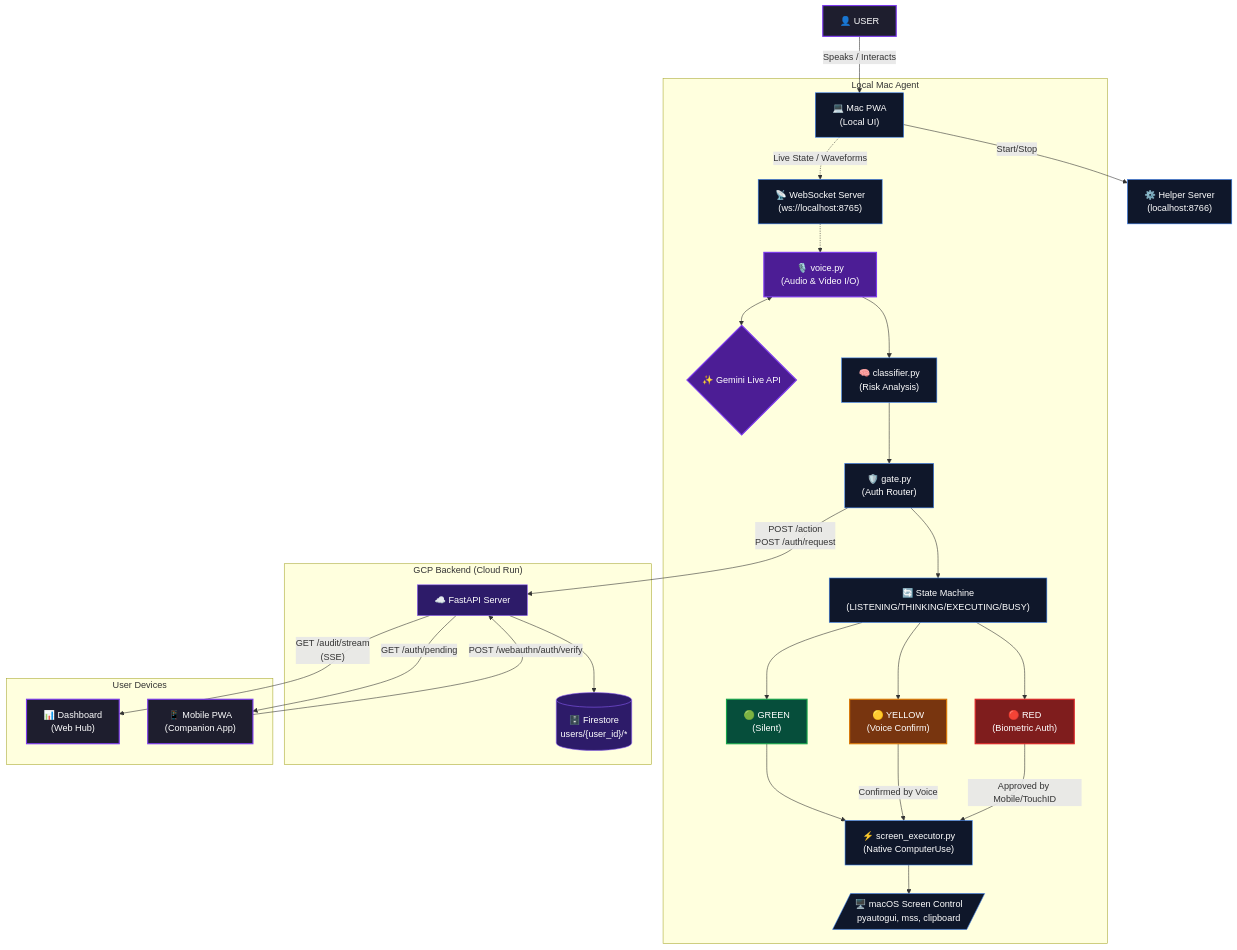
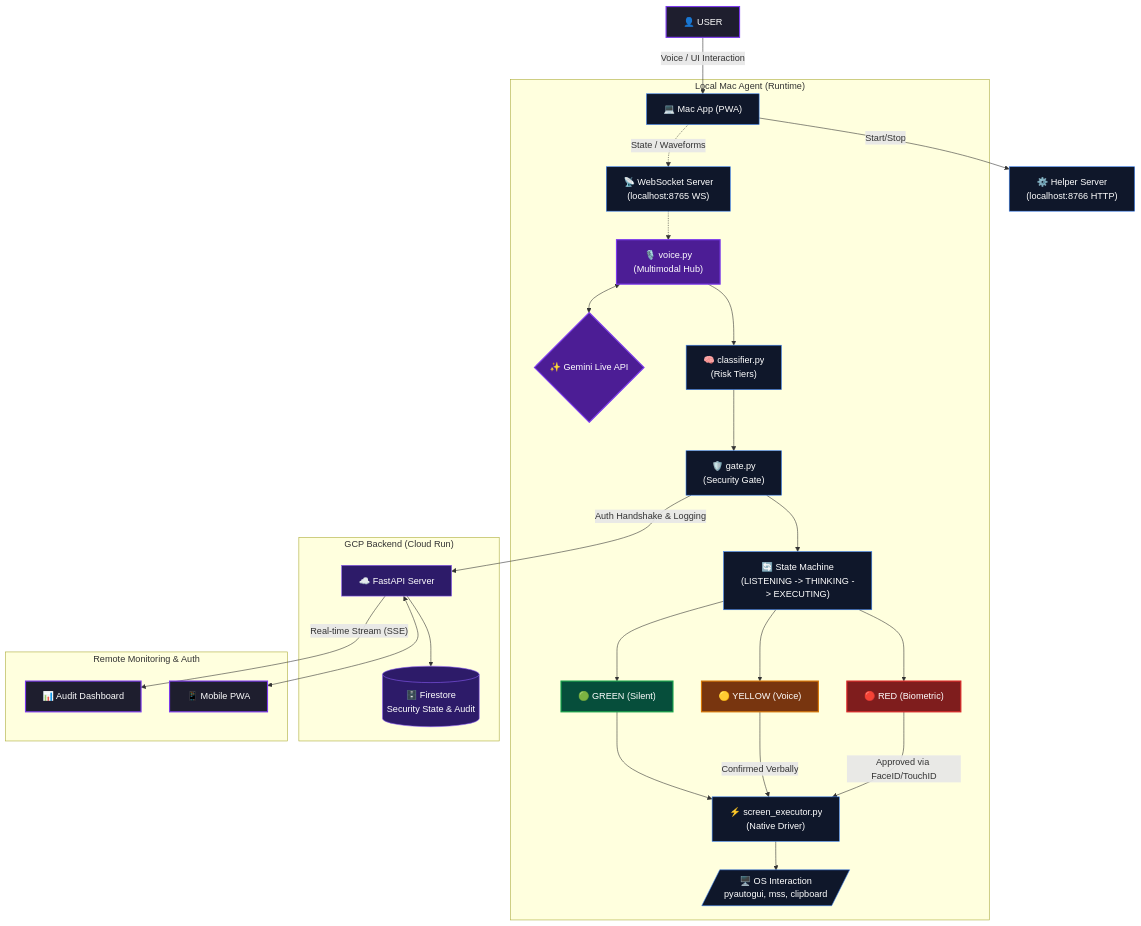
The diagram in docs/architecture/architecture.mermaid (harshitsinghbhandari/gemini-live-hackathon), drawn with Mermaid before and after one commit. The commit also changed 13 other files, not shown here.

```diff
--- a/docs/architecture/architecture.mermaid
+++ b/docs/architecture/architecture.mermaid
@@ -1,65 +1,64 @@
 graph TD
     %% Styling
     classDef default fill:#111,stroke:#333,stroke-width:1px,color:#fff;
     classDef userbox fill:#1e1e2e,stroke:#7c3aed,stroke-width:2px,color:#fff;
     classDef local fill:#0f172a,stroke:#3b82f6,stroke-width:1px,color:#fff;
     classDef cloud fill:#2d1b69,stroke:#8b5cf6,stroke-width:1px,color:#fff;
     classDef green fill:#064e3b,stroke:#16a34a,stroke-width:2px,color:#fff;
     classDef yellow fill:#78350f,stroke:#d97706,stroke-width:2px,color:#fff;
     classDef red fill:#7f1d1d,stroke:#dc2626,stroke-width:2px,color:#fff;
     classDef gemini fill:#4c1d95,stroke:#7c3aed,stroke-width:2px,color:#fff;
 
     User["👤 USER"]:::userbox
-    MacPWA["💻 Mac PWA<br/>(Local UI)"]:::local
-    Helper["⚙️ Helper Server<br/>(localhost:8766)"]:::local
+    MacApp["💻 Mac App (PWA)"]:::local
+    Helper["⚙️ Helper Server<br/>(localhost:8766 HTTP)"]:::local
 
-    User -- "Speaks / Interacts" --> MacPWA
-    MacPWA -- "Start/Stop" --> Helper
+    User -- "Voice / UI Interaction" --> MacApp
+    MacApp -- "Start/Stop" --> Helper
 
-    subgraph "Local Mac Agent"
-        WsServer["📡 WebSocket Server<br/>(ws://localhost:8765)"]:::local
-        Voice["🎙️ voice.py<br/>(Audio & Video I/O)"]:::gemini
+    subgraph "Local Mac Agent (Runtime)"
+        WsServer["📡 WebSocket Server<br/>(localhost:8765 WS)"]:::local
+        Voice["🎙️ voice.py<br/>(Multimodal Hub)"]:::gemini
         Gemini{"✨ Gemini Live API"}:::gemini
-        Classifier["🧠 classifier.py<br/>(Risk Analysis)"]:::local
-        Gate["🛡️ gate.py<br/>(Auth Router)"]:::local
+        Classifier["🧠 classifier.py<br/>(Risk Tiers)"]:::local
+        Gate["🛡️ gate.py<br/>(Security Gate)"]:::local
         
-        State["🔄 State Machine<br/>(LISTENING/THINKING/EXECUTING/BUSY)"]:::local
+        State["🔄 State Machine<br/>(LISTENING -> THINKING -> EXECUTING)"]:::local
 
-        TierG["🟢 GREEN<br/>(Silent)"]:::green
-        TierY["🟡 YELLOW<br/>(Voice Confirm)"]:::yellow
-        TierR["🔴 RED<br/>(Biometric Auth)"]:::red
+        TierG["🟢 GREEN (Silent)"]:::green
+        TierY["🟡 YELLOW (Voice)"]:::yellow
+        TierR["🔴 RED (Biometric)"]:::red
         
-        Executor["⚡ screen_executor.py<br/>(Native ComputerUse)"]:::local
-        Screen[/"🖥️ macOS Screen Control<br/>pyautogui, mss, clipboard"/]:::local
+        Executor["⚡ screen_executor.py<br/>(Native Driver)"]:::local
+        Tools[/"🖥️ OS Interaction<br/>pyautogui, mss, clipboard"/]:::local
 
-        MacPWA -. "Live State / Waveforms" .-> WsServer
+        MacApp -. "State / Waveforms" .-> WsServer
         WsServer -.-> Voice
         Voice <--> Gemini
         Voice --> Classifier
         Classifier --> Gate
         Gate --> State
         State --> TierG
         State --> TierY
         State --> TierR
         TierG --> Executor
-        TierY -- "Confirmed by Voice" --> Executor
-        TierR -- "Approved by Mobile/TouchID" --> Executor
-        Executor --> Screen
+        TierY -- "Confirmed Verbally" --> Executor
+        TierR -- "Approved via FaceID/TouchID" --> Executor
+        Executor --> Tools
     end
 
     subgraph "GCP Backend (Cloud Run)"
         Backend["☁️ FastAPI Server"]:::cloud
-        DB[("🗄️ Firestore<br/>users/{user_id}/*")]:::cloud
+        DB[("🗄️ Firestore<br/>Security State & Audit")]:::cloud
         
-        Gate -- "POST /action<br/>POST /auth/request" --> Backend
+        Gate -- "Auth Handshake & Logging" --> Backend
         Backend --> DB
     end
     
-    subgraph "User Devices"
-        Dashboard["📊 Dashboard<br/>(Web Hub)"]:::userbox
-        Mobile["📱 Mobile PWA<br/>(Companion App)"]:::userbox
+    subgraph "Remote Monitoring & Auth"
+        Dashboard["📊 Audit Dashboard"]:::userbox
+        Mobile["📱 Mobile PWA"]:::userbox
         
-        Backend -- "GET /audit/stream<br/>(SSE)" --> Dashboard
-        Backend -- "GET /auth/pending" --> Mobile
-        Mobile -- "POST /webauthn/auth/verify" --> Backend
+        Backend -- "Real-time Stream (SSE)" --> Dashboard
+        Backend <--> Mobile
     end
```
